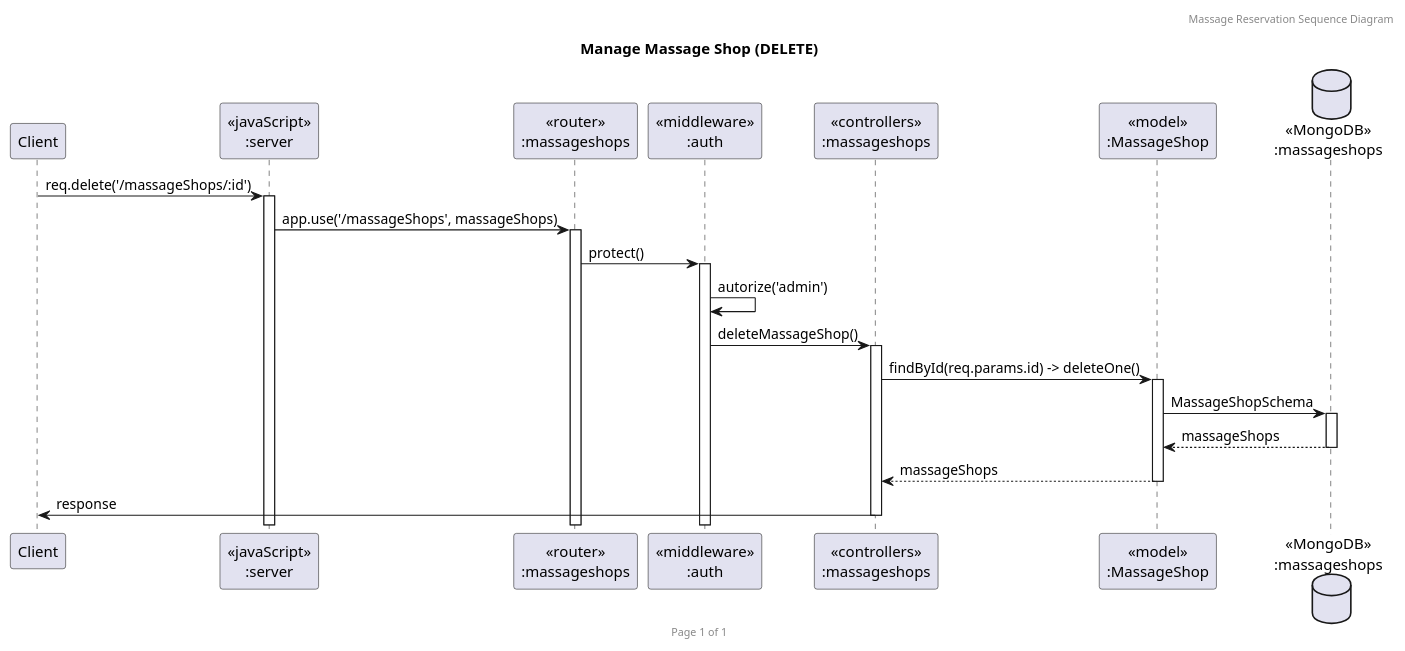
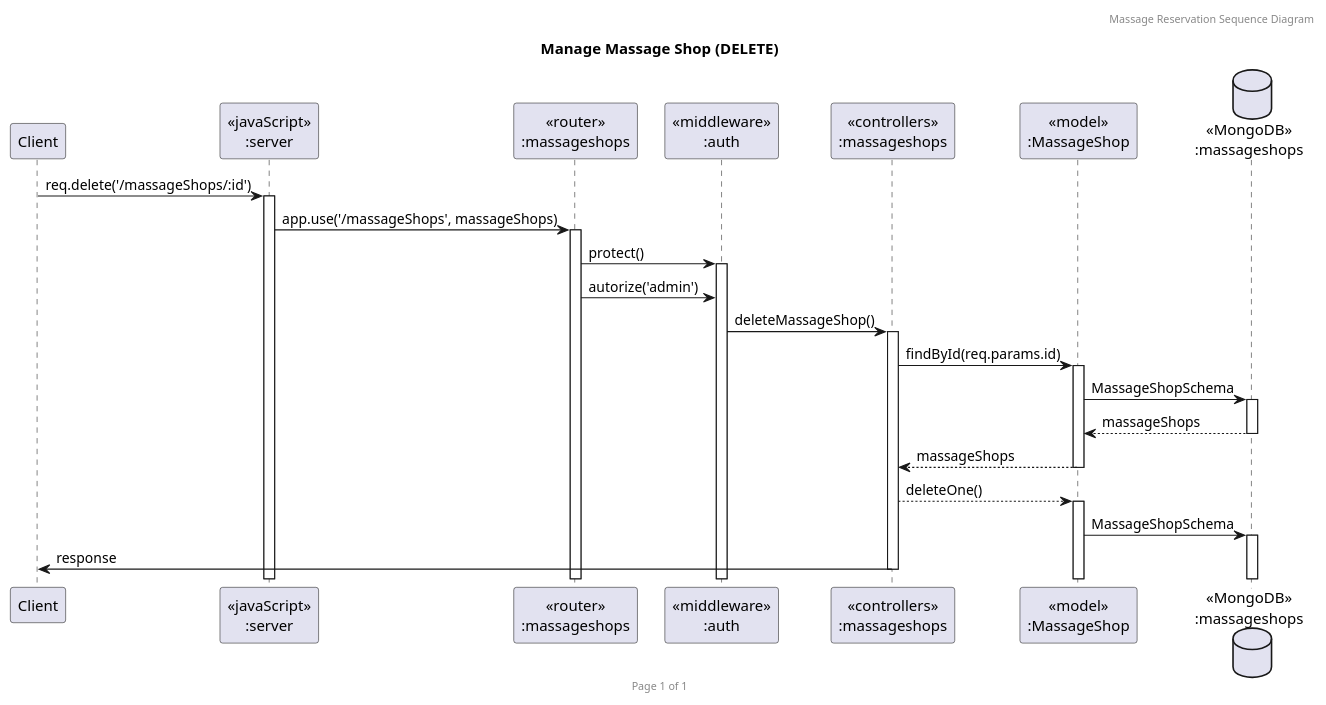
Before and after one commit to 2110503TACEDT66/presentation-day-1-organic-soi-ju: the diagram in DeleteShop.puml, drawn with PlantUML. The commit also changed 4 other files, not shown here.

Commit message:
Fix SeqDiagrams (delete, authorize)

```diff
--- a/DeleteShop.puml
+++ b/DeleteShop.puml
@@ -1,26 +1,28 @@
 @startuml Manage Massage Shop (DELETE)
 
 header Massage Reservation Sequence Diagram
 footer Page %page% of %lastpage%
 title "Manage Massage Shop (DELETE)"
 
 participant "Client" as client
 participant "<<javaScript>>\n:server" as server
 participant "<<router>>\n:massageshops" as routerMassageShops
 participant "<<middleware>>\n:auth" as middlewareAuth
 participant "<<controllers>>\n:massageshops" as controllersMassageShops
 participant "<<model>>\n:MassageShop" as modelMassageShop
 database "<<MongoDB>>\n:massageshops" as MassageShopsDatabase
 
 client->server ++:req.delete('/massageShops/:id')
 server->routerMassageShops ++:app.use('/massageShops', massageShops)
 routerMassageShops->middlewareAuth ++:protect()
-middlewareAuth -> middlewareAuth : autorize('admin')
+routerMassageShops -> middlewareAuth : autorize('admin')
 middlewareAuth->controllersMassageShops ++:deleteMassageShop()
-controllersMassageShops->modelMassageShop ++:findById(req.params.id) -> deleteOne()
+controllersMassageShops->modelMassageShop ++:findById(req.params.id) 
 modelMassageShop ->MassageShopsDatabase ++: MassageShopSchema
 MassageShopsDatabase --> modelMassageShop --: massageShops
 controllersMassageShops <-- modelMassageShop --:massageShops
+controllersMassageShops --> modelMassageShop ++:deleteOne()
+modelMassageShop ->MassageShopsDatabase ++: MassageShopSchema
 controllersMassageShops->client --:response
 
 @enduml
```
